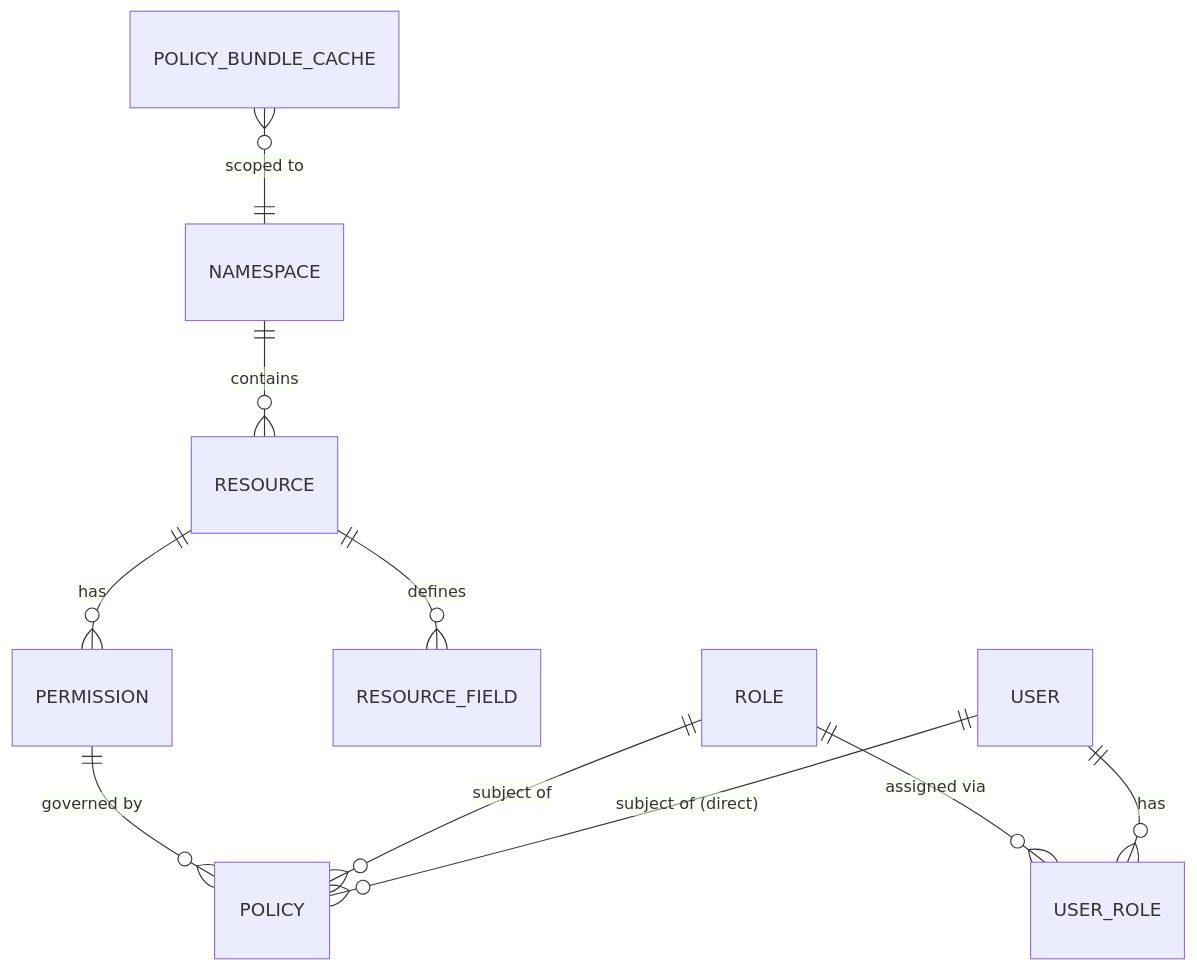
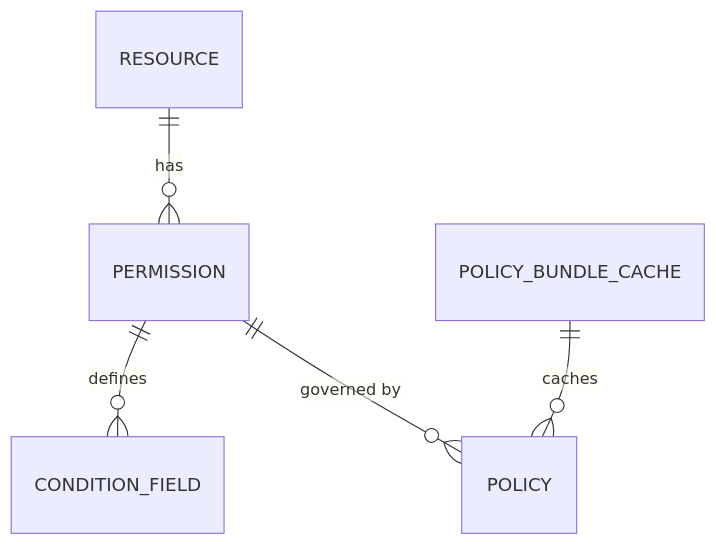
The second of 2 diagrams in 01-architecture-overview.md (gopakumar-k-a-datamate/opa_integration_backend), drawn with Mermaid before and after one commit. The commit also changed other lines of this file and 5 other files, not shown here.

````diff
--- a/01-architecture-overview.md
+++ b/01-architecture-overview.md
@@ -69,12 +65,7 @@
 ```mermaid
 erDiagram
-    NAMESPACE ||--o{ RESOURCE : contains
     RESOURCE ||--o{ PERMISSION : has
-    RESOURCE ||--o{ RESOURCE_FIELD : defines
+    PERMISSION ||--o{ CONDITION_FIELD : defines
     PERMISSION ||--o{ POLICY : "governed by"
-    ROLE ||--o{ POLICY : "subject of"
-    ROLE ||--o{ USER_ROLE : "assigned via"
-    USER ||--o{ USER_ROLE : "has"
-    USER ||--o{ POLICY : "subject of (direct)"
-    POLICY_BUNDLE_CACHE }o--|| NAMESPACE : "scoped to"
+    POLICY_BUNDLE_CACHE ||--o{ POLICY : "caches"
 ```
````
